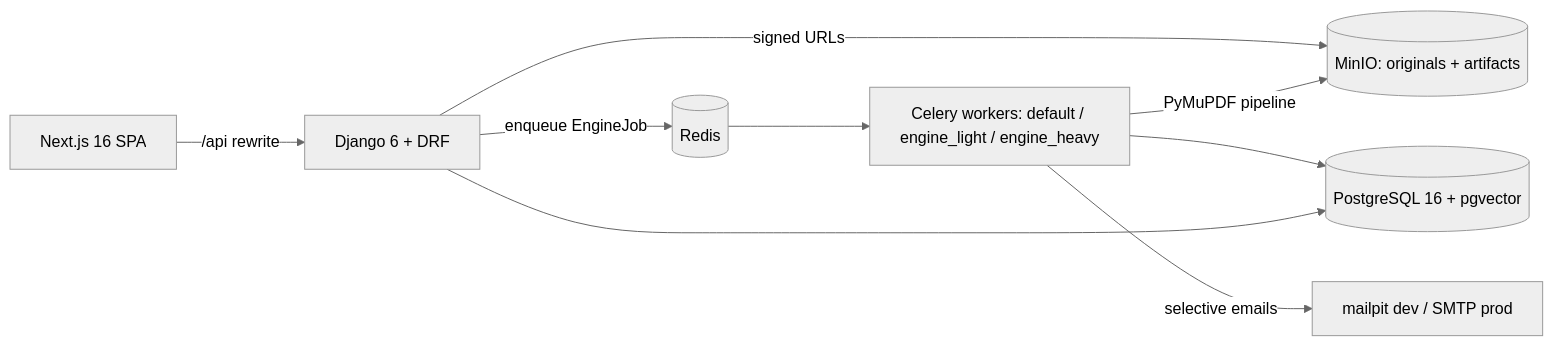
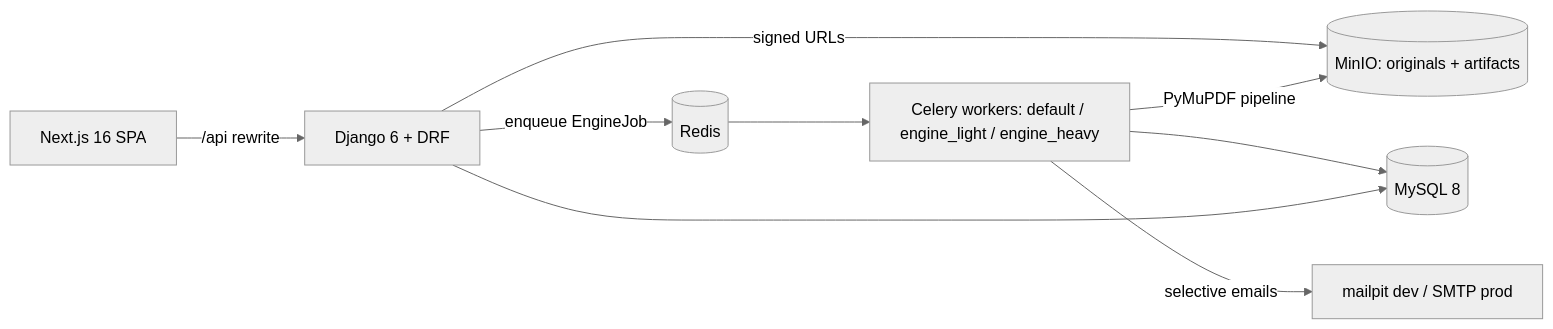
The diagram in docs/methodology/architecture.md (carlos18bp/versiona_project), drawn with Mermaid (neutral theme) before and after one commit. The commit also changed other lines of this file and 72 other files, not shown here.

````diff
--- a/docs/methodology/architecture.md
+++ b/docs/methodology/architecture.md
@@ -10,11 +10,11 @@
 ```mermaid
 flowchart LR
     FE[Next.js 16 SPA] -- /api rewrite --> BE[Django 6 + DRF]
     BE -- enqueue EngineJob --> R[(Redis)]
     R --> W[Celery workers: default / engine_light / engine_heavy]
     W -- PyMuPDF pipeline --> M[(MinIO: originals + artifacts)]
-    BE --> P[(PostgreSQL 16 + pgvector)]
+    BE --> P[(MySQL 8)]
     W --> P
     BE -- signed URLs --> M
     W -- selective emails --> MP[mailpit dev / SMTP prod]
 ```
````
